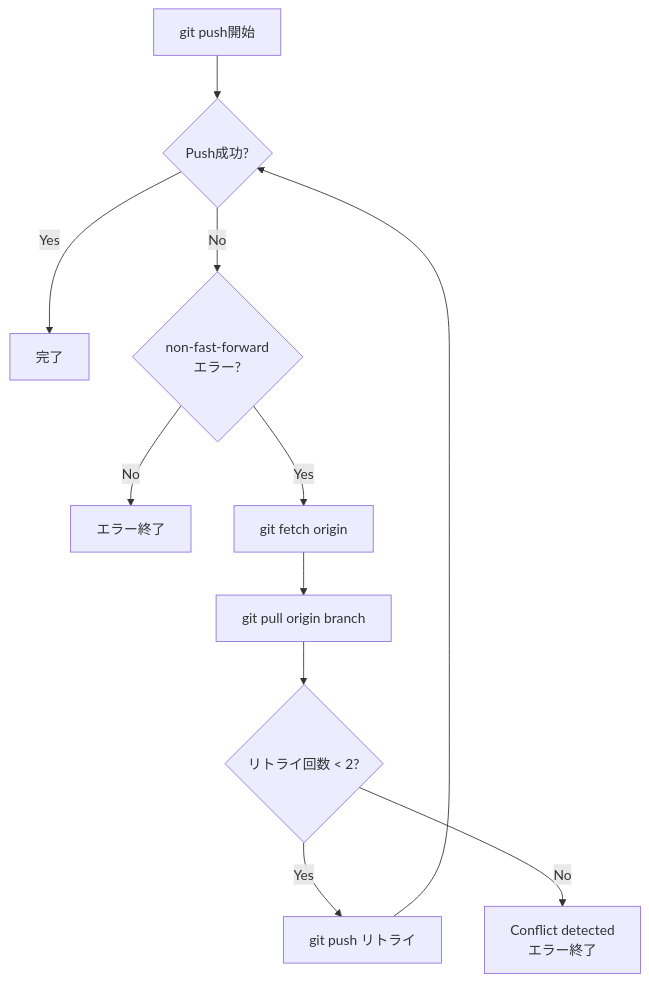
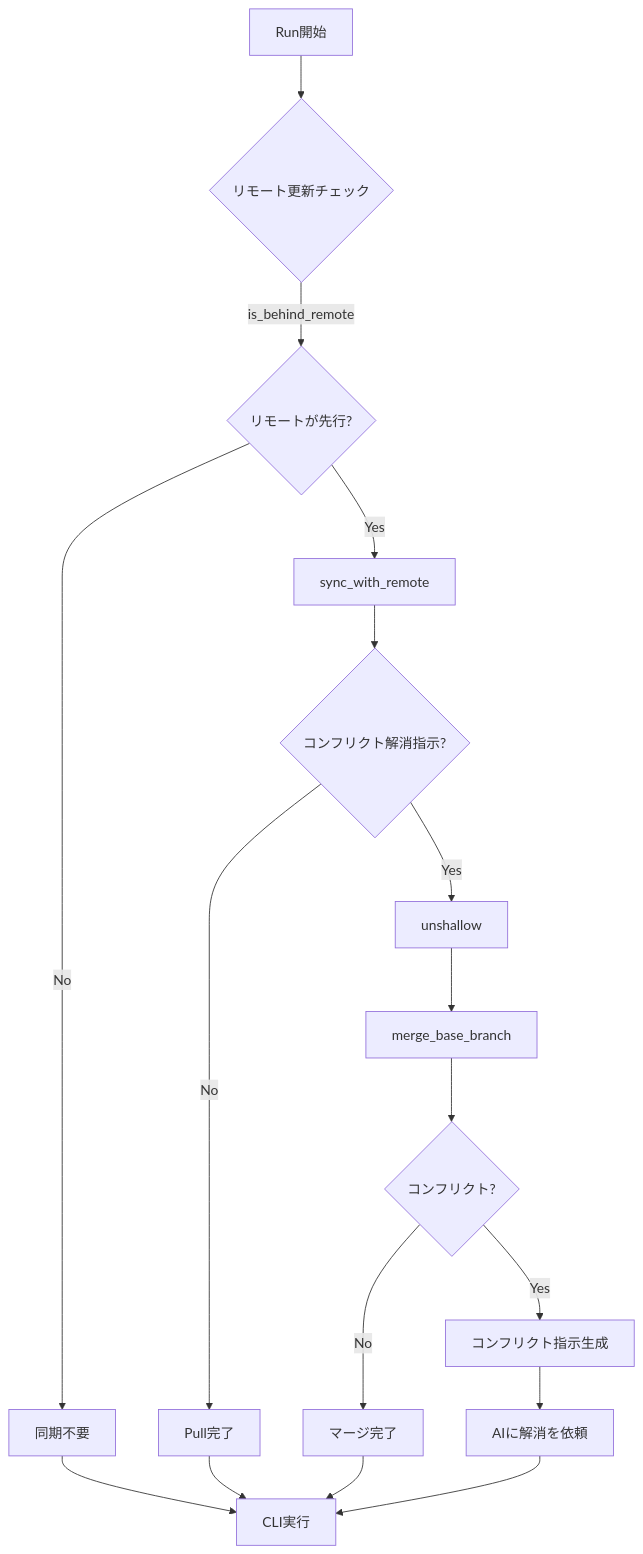
The fifth of 7 diagrams in docs/worktree_workflow_diagram.md (hampen2929/zloth), drawn with Mermaid before and after one commit. The commit also changed other lines of this file and 4 other files, not shown here.

First line of the commit message:
Add clone-based workspace isolation for better remote sync and conflict resolution

````diff
--- a/docs/worktree_workflow_diagram.md
+++ b/docs/worktree_workflow_diagram.md
@@ -197,13 +187,19 @@
 ```mermaid
 flowchart TD
-    A[git push開始] --> B{Push成功?}
-    B -->|Yes| C[完了]
-    B -->|No| D{non-fast-forward<br/>エラー?}
-    D -->|No| E[エラー終了]
-    D -->|Yes| F[git fetch origin]
-    F --> G[git pull origin branch]
-    G --> H{リトライ回数 < 2?}
-    H -->|Yes| I[git push リトライ]
-    I --> B
-    H -->|No| J[Conflict detected<br/>エラー終了]
+    A[Run開始] --> B{リモート更新チェック}
+    B -->|is_behind_remote| C{リモートが先行?}
+    C -->|No| D[同期不要]
+    C -->|Yes| E[sync_with_remote]
+    E --> F{コンフリクト解消指示?}
+    F -->|No| G[Pull完了]
+    F -->|Yes| H[unshallow]
+    H --> I[merge_base_branch]
+    I --> J{コンフリクト?}
+    J -->|No| K[マージ完了]
+    J -->|Yes| L[コンフリクト指示生成]
+    L --> M[AIに解消を依頼]
+    D --> N[CLI実行]
+    G --> N
+    K --> N
+    M --> N
 ```
````
